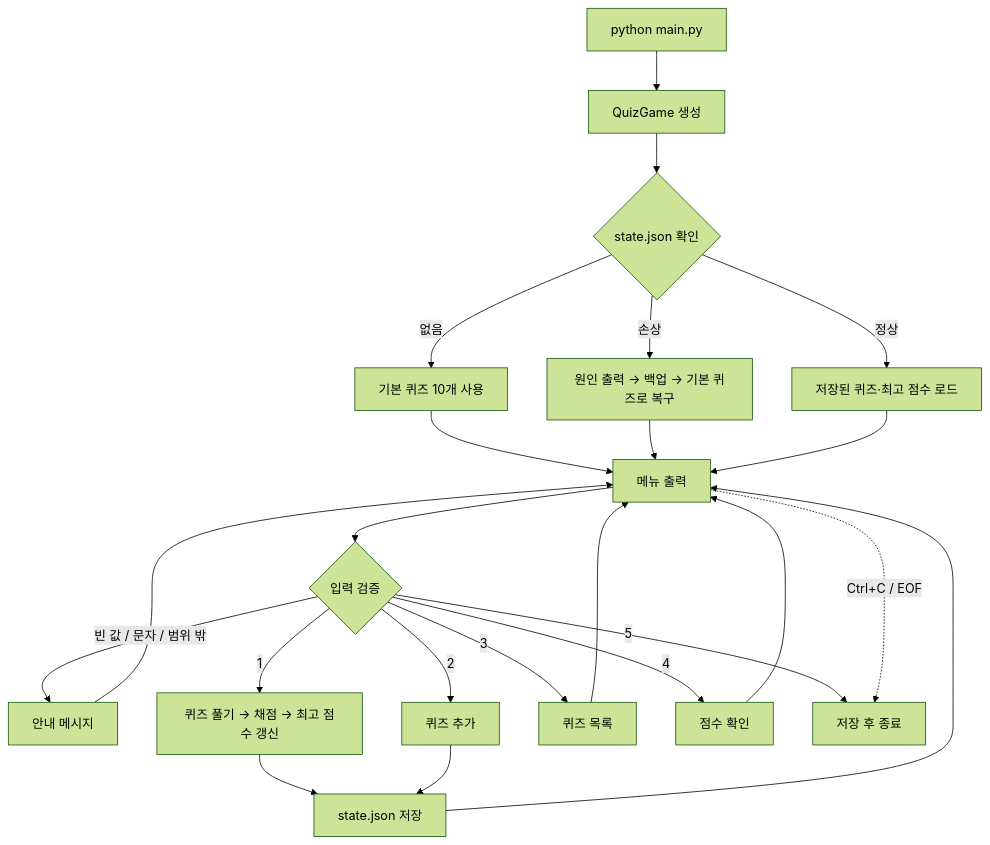
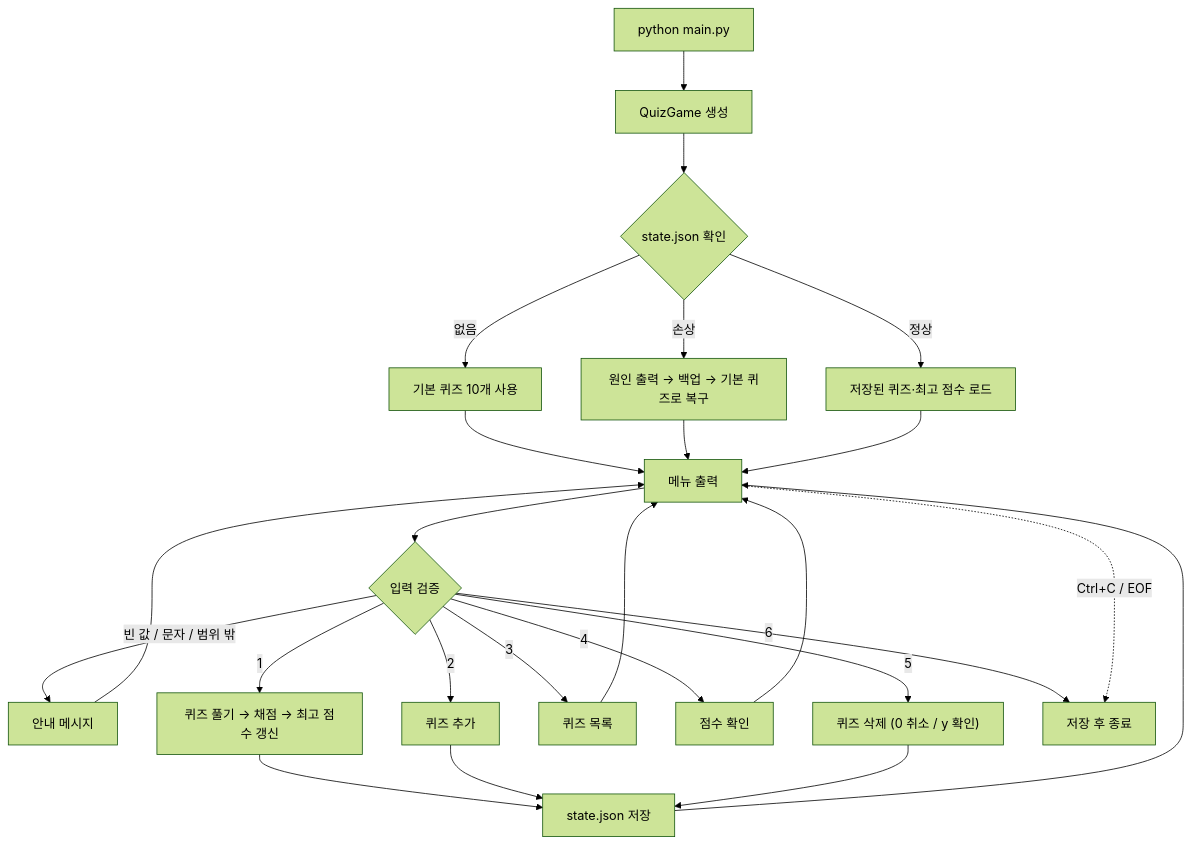
Before and after one commit to qjskffj-code/codyssey_E1-2: the first of 5 diagrams in README.md, drawn with Mermaid (forest theme). The commit also changed other lines of this file and 2 other files, not shown here.

````diff
--- a/README.md
+++ b/README.md
@@ -155,23 +158,25 @@
 ```mermaid
 flowchart TD
     A["python main.py"] --> B["QuizGame 생성"]
     B --> C{"state.json 확인"}
     C -->|"없음"| D["기본 퀴즈 10개 사용"]
     C -->|"손상"| E["원인 출력 → 백업 → 기본 퀴즈로 복구"]
     C -->|"정상"| F["저장된 퀴즈·최고 점수 로드"]
     D --> G["메뉴 출력"]
     E --> G
     F --> G
     G --> H{"입력 검증"}
     H -->|"빈 값 / 문자 / 범위 밖"| I["안내 메시지"] --> G
     H -->|"1"| J["퀴즈 풀기 → 채점 → 최고 점수 갱신"]
     H -->|"2"| K["퀴즈 추가"]
     H -->|"3"| L["퀴즈 목록"]
     H -->|"4"| M["점수 확인"]
-    H -->|"5"| N["저장 후 종료"]
+    H -->|"5"| P["퀴즈 삭제 (0 취소 / y 확인)"]
+    H -->|"6"| N["저장 후 종료"]
     J --> S["state.json 저장"] --> G
     K --> S
+    P --> S
     L --> G
     M --> G
     G -. "Ctrl+C / EOF" .-> N
 ```
````
